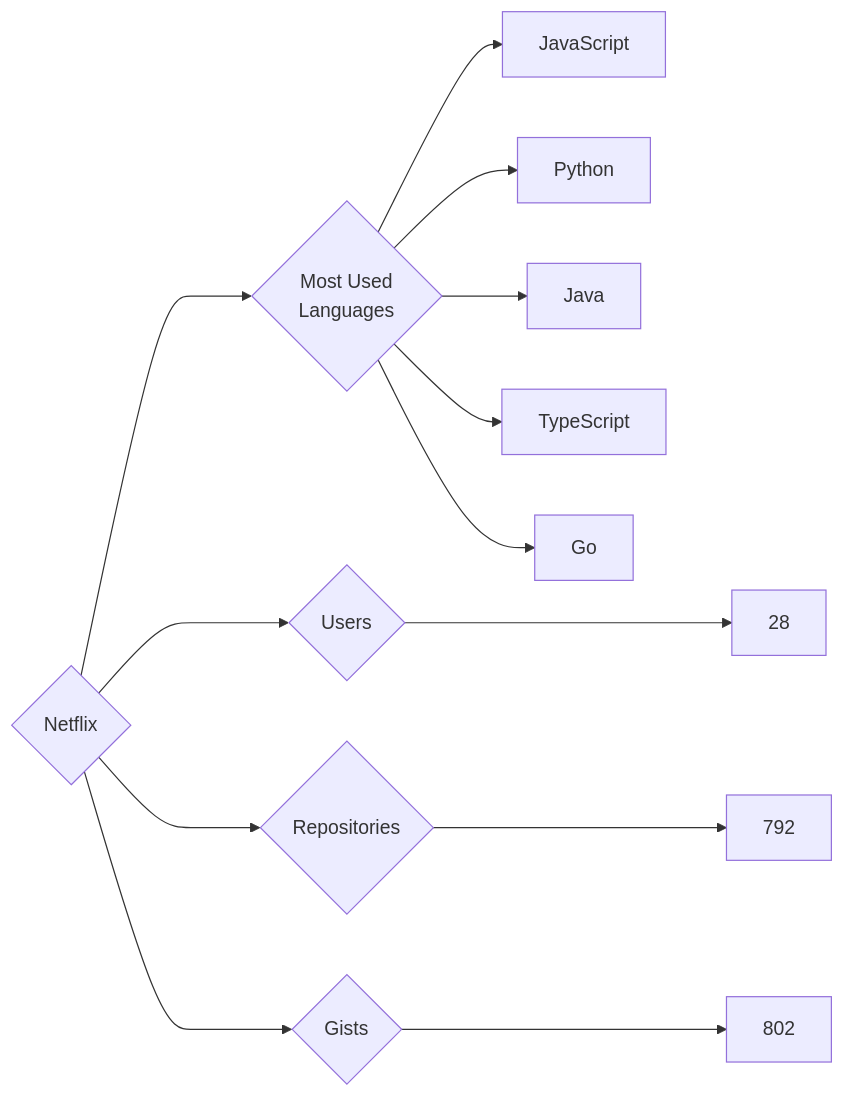
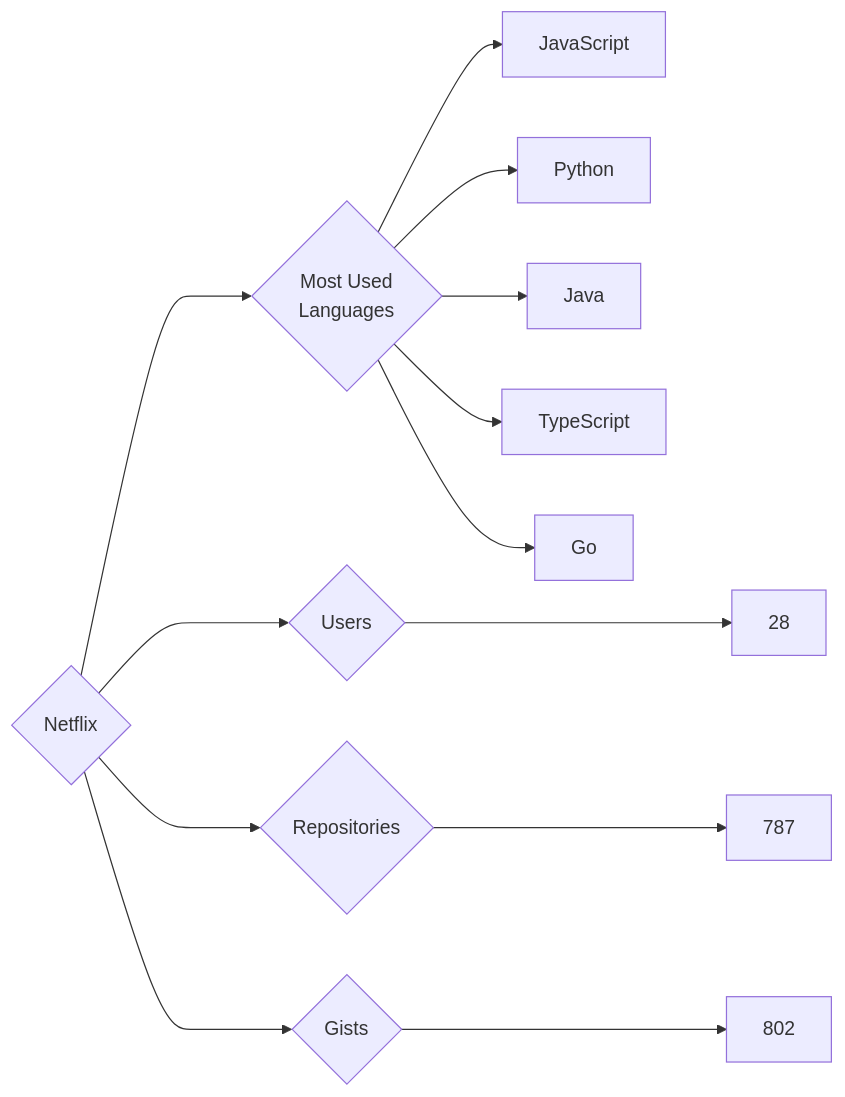
Before and after one commit to trickest/insiders: the diagram in targets/Netflix/README.md, drawn with Mermaid. The commit also changed 1248 other files, not shown here.

````diff
--- a/targets/Netflix/README.md
+++ b/targets/Netflix/README.md
@@ -3,13 +3,13 @@
 ```mermaid
 graph LR
 COMPANY_NAME{Netflix}
 COMPANY_NAME ---> U{Users} ---> UN[28]
-COMPANY_NAME ---> R{Repositories} ---> RN[792]
+COMPANY_NAME ---> R{Repositories} ---> RN[787]
 COMPANY_NAME ---> G{Gists} ---> GN[802]
 COMPANY_NAME ---> ML{Most Used<br>Languages}
 ML --> JavaScript[JavaScript]
 ML --> Python[Python]
 ML --> Java[Java]
 ML --> TypeScript[TypeScript]
 ML --> Go[Go]
 ```
````
